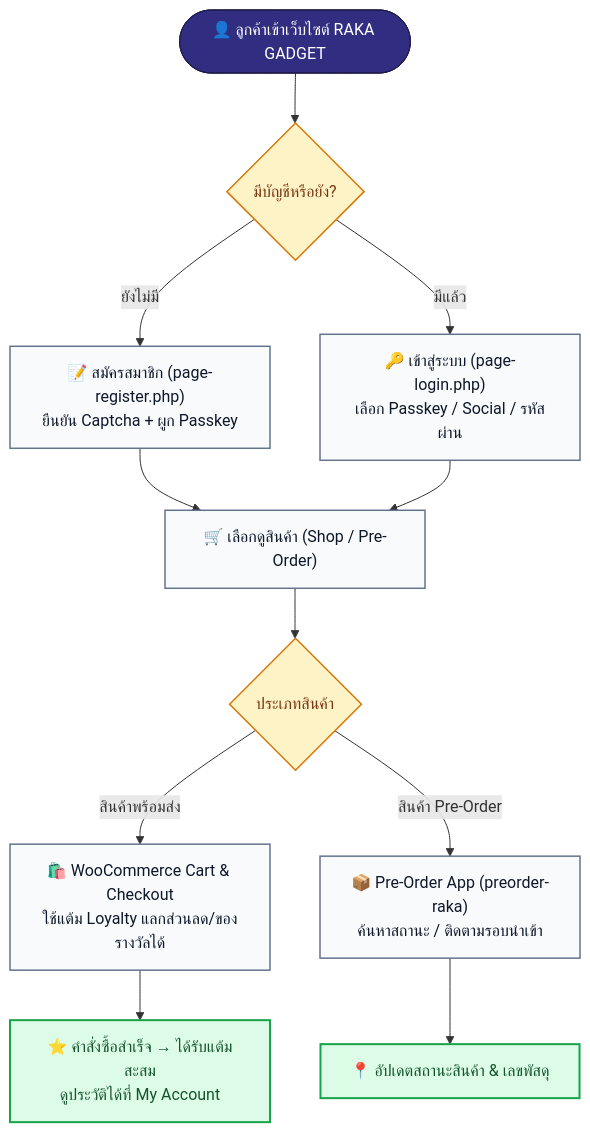
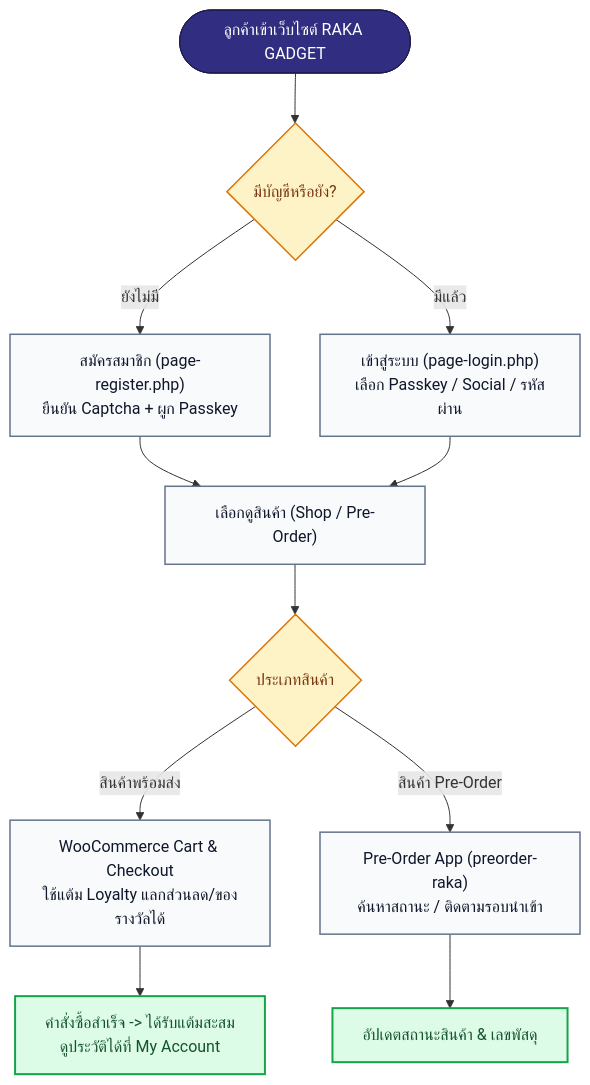
Before and after one commit to apkgap/raka-gadget: the second of 4 diagrams in README.md, drawn with Mermaid. The commit also changed other lines of this file and 1 other file, not shown here.

Commit message:
docs: remove emojis from markdown diagrams and headings

````diff
--- a/README.md
+++ b/README.md
@@ -52,23 +52,23 @@
 ```mermaid
 flowchart TD
     classDef start fill:#312E81,stroke:#1E1B4B,color:#FFFFFF;
     classDef step fill:#F8FAFC,stroke:#64748B,stroke-width:1.5px,color:#0F172A;
     classDef decision fill:#FEF3C7,stroke:#D97706,stroke-width:1.5px,color:#78350F;
     classDef success fill:#DCFCE7,stroke:#16A34A,stroke-width:2px,color:#14532D;
 
-    Start(["👤 ลูกค้าเข้าเว็บไซต์ RAKA GADGET"]):::start
+    Start(["ลูกค้าเข้าเว็บไซต์ RAKA GADGET"]):::start
     Start --> NeedAuth{"มีบัญชีหรือยัง?"}:::decision
 
-    NeedAuth -->|ยังไม่มี| Register["📝 สมัครสมาชิก (page-register.php)<br/>ยืนยัน Captcha + ผูก Passkey"]:::step
-    NeedAuth -->|มีแล้ว| Login["🔑 เข้าสู่ระบบ (page-login.php)<br/>เลือก Passkey / Social / รหัสผ่าน"]:::step
+    NeedAuth -->|ยังไม่มี| Register["สมัครสมาชิก (page-register.php)<br/>ยืนยัน Captcha + ผูก Passkey"]:::step
+    NeedAuth -->|มีแล้ว| Login["เข้าสู่ระบบ (page-login.php)<br/>เลือก Passkey / Social / รหัสผ่าน"]:::step
 
     Register --> Browse
-    Login --> Browse["🛒 เลือกดูสินค้า (Shop / Pre-Order)"]:::step
+    Login --> Browse["เลือกดูสินค้า (Shop / Pre-Order)"]:::step
 
     Browse --> OrderType{"ประเภทสินค้า"}:::decision
-    OrderType -->|สินค้าพร้อมส่ง| WCCart["🛍️ WooCommerce Cart & Checkout<br/>ใช้แต้ม Loyalty แลกส่วนลด/ของรางวัลได้"]:::step
-    OrderType -->|สินค้า Pre-Order| PreOrderFlow["📦 Pre-Order App (preorder-raka)<br/>ค้นหาสถานะ / ติดตามรอบนำเข้า"]:::step
+    OrderType -->|สินค้าพร้อมส่ง| WCCart["WooCommerce Cart & Checkout<br/>ใช้แต้ม Loyalty แลกส่วนลด/ของรางวัลได้"]:::step
+    OrderType -->|สินค้า Pre-Order| PreOrderFlow["Pre-Order App (preorder-raka)<br/>ค้นหาสถานะ / ติดตามรอบนำเข้า"]:::step
 
-    WCCart --> EarnPoints["⭐ คำสั่งซื้อสำเร็จ → ได้รับแต้มสะสม<br/>ดูประวัติได้ที่ My Account"]:::success
-    PreOrderFlow --> TrackStatus["📍 อัปเดตสถานะสินค้า & เลขพัสดุ"]:::success
+    WCCart --> EarnPoints["คำสั่งซื้อสำเร็จ -> ได้รับแต้มสะสม<br/>ดูประวัติได้ที่ My Account"]:::success
+    PreOrderFlow --> TrackStatus["อัปเดตสถานะสินค้า & เลขพัสดุ"]:::success
 ```
````
